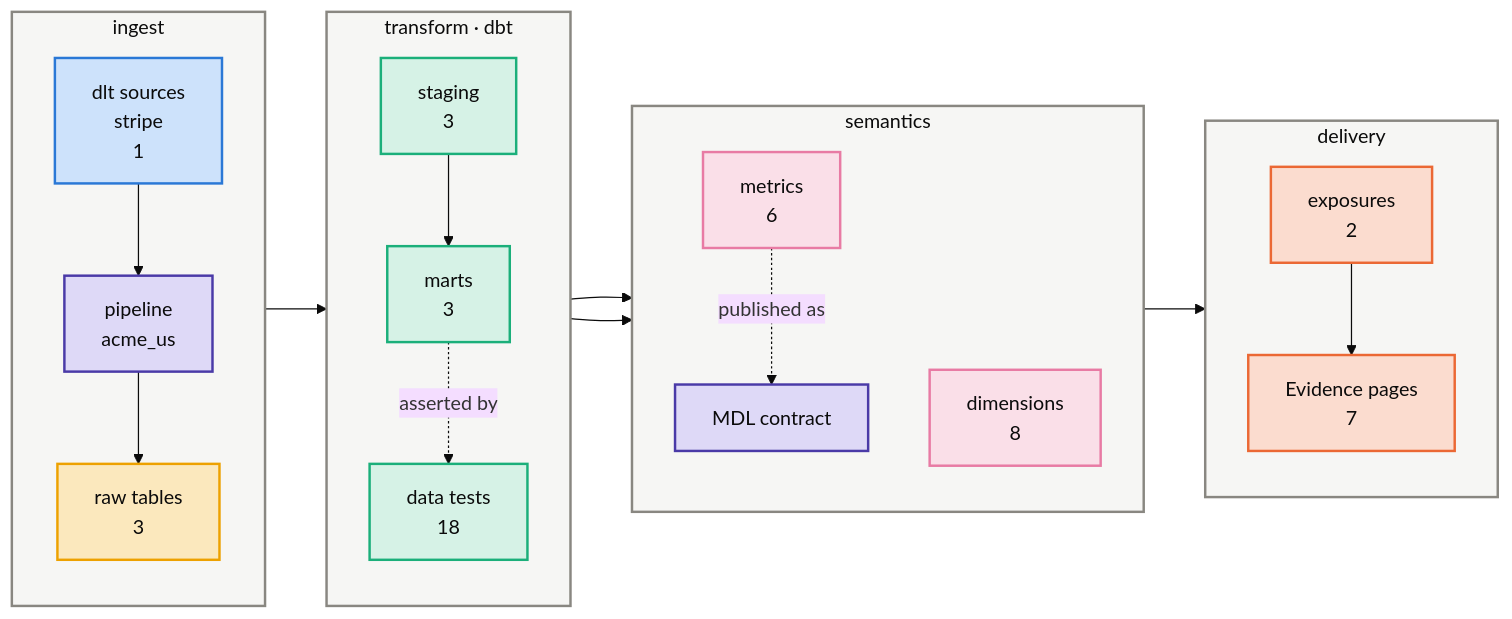
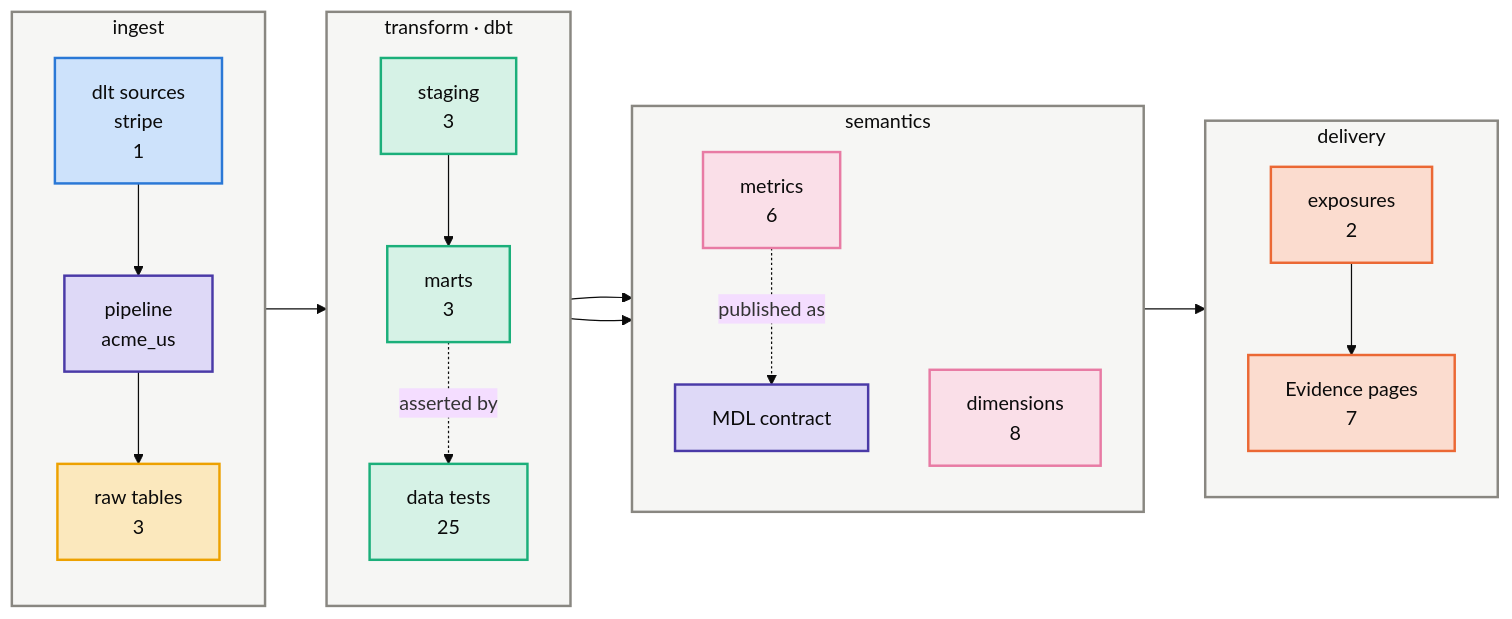
The first of 3 diagrams in groups/acme/projects/acme-us/kg/architecture.md (Atomz-org/data-platform), drawn with Mermaid (base theme) before and after one commit. The commit also changed other lines of this file and 7 other files, not shown here.

````diff
--- a/groups/acme/projects/acme-us/kg/architecture.md
+++ b/groups/acme/projects/acme-us/kg/architecture.md
@@ -10,41 +10,41 @@
 ```mermaid
 flowchart LR
     subgraph LI["ingest"]
         direction TB
         I1["dlt sources<br/>stripe<br/>1"]:::ingress
         I2["pipeline<br/>acme_us"]:::platform
         I3["raw tables<br/>3"]:::raw
     end
     subgraph LT["transform · dbt"]
         direction TB
         T1["staging<br/>3"]:::model
         T2["marts<br/>3"]:::model
-        T3["data tests<br/>18"]:::model
+        T3["data tests<br/>25"]:::model
     end
     subgraph LS["semantics"]
         direction TB
         S1["metrics<br/>6"]:::metric
         S2["dimensions<br/>8"]:::metric
         S3["MDL contract"]:::platform
     end
     subgraph LD["delivery"]
         direction TB
         D1["exposures<br/>2"]:::exposure
         D2["Evidence pages<br/>7"]:::exposure
     end
     I1 --> I2 --> I3 --> T1 --> T2
     T2 --> S1 --> D1 --> D2
     T2 --> S2
     S1 -.published as.-> S3
     T2 -.asserted by.-> T3
     classDef ingress fill:#cde2fb,stroke:#2a78d6,stroke-width:2px,color:#0b0b0b
     classDef platform fill:#ded9f7,stroke:#4a3aa7,stroke-width:2px,color:#0b0b0b
     classDef raw fill:#fbe8bd,stroke:#eda100,stroke-width:2px,color:#0b0b0b
     classDef model fill:#d6f2e6,stroke:#1baf7a,stroke-width:2px,color:#0b0b0b
     classDef metric fill:#fadfe8,stroke:#e87ba4,stroke-width:2px,color:#0b0b0b
     classDef exposure fill:#fbdccf,stroke:#eb6834,stroke-width:2px,color:#0b0b0b
     classDef neutral fill:#e8e7e2,stroke:#898781,stroke-width:2px,color:#0b0b0b
     classDef project fill:#e3eefc,stroke:#2a78d6,stroke-width:2px,color:#0b0b0b
     classDef lane fill:#f6f6f4,stroke:#898781,stroke-width:2px,color:#0b0b0b
     class LI,LT,LS,LD lane
 ```
````
